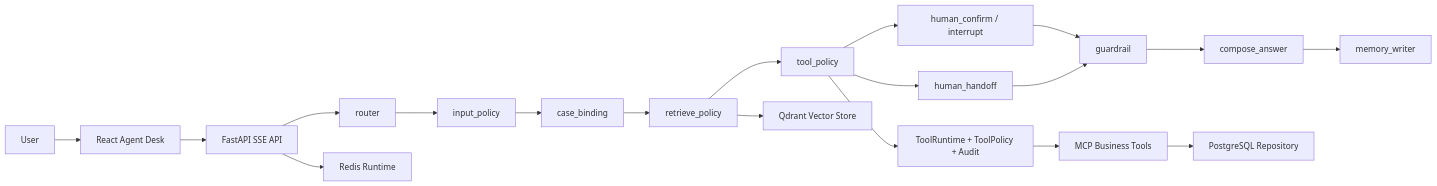
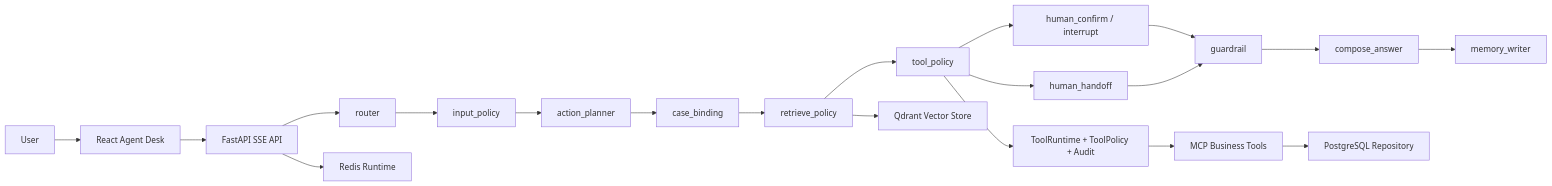
The diagram in docs/architecture.md (nguxw/smart_cs), drawn with Mermaid before and after one commit. The commit also changed other lines of this file and 61 other files, not shown here.

````diff
--- a/docs/architecture.md
+++ b/docs/architecture.md
@@ -5,21 +5,22 @@
 ```mermaid
 flowchart LR
   U["User"] --> FE["React Agent Desk"]
   FE --> API["FastAPI SSE API"]
   API --> R["router"]
   R --> P["input_policy"]
-  P --> C["case_binding"]
+  P --> AP["action_planner"]
+  AP --> C["case_binding"]
   C --> K["retrieve_policy"]
   K --> O["tool_policy"]
   O --> H["human_confirm / interrupt"]
   O --> T["human_handoff"]
   H --> G["guardrail"]
   T --> G
-  G --> A["compose_answer"]
-  A --> M["memory_writer"]
+  G --> CA["compose_answer"]
+  CA --> M["memory_writer"]
   K --> Q["Qdrant Vector Store"]
   O --> TR["ToolRuntime + ToolPolicy + Audit"]
   TR --> MCP["MCP Business Tools"]
   MCP --> DB["PostgreSQL Repository"]
   API --> RDS["Redis Runtime"]
 ```
````
